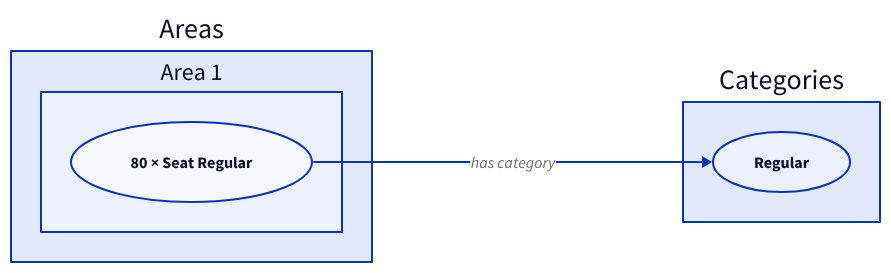
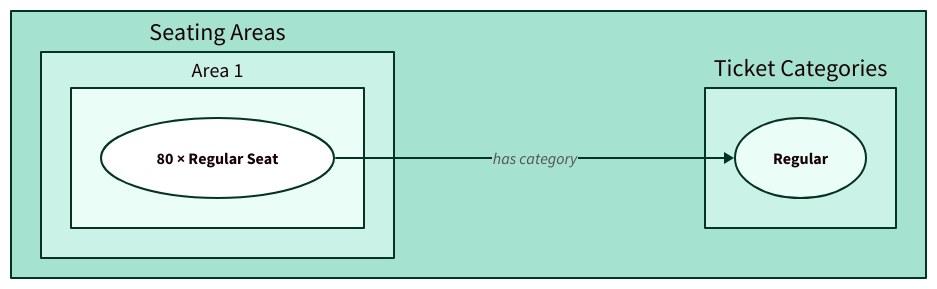
The diagram in docs/blueprints/seating/example_small.d2 (byceps/byceps), drawn with D2 before and after one commit. The commit also changed 12 other files, not shown here.

First line of the commit message:
Recreate diagram images in documentation

```diff
--- a/docs/blueprints/seating/example_small.d2
+++ b/docs/blueprints/seating/example_small.d2
@@ -1,15 +1,34 @@
-# layout: dagre
+vars: {
+  d2-config: {
+    layout-engine: dagre
+    theme-id: 104
+  }
+}
+
+classes: {
+  entity: {
+    shape: oval
+    height: 80
+  }
+}
 
 direction: right
 
-Categories: {
-  Regular: {shape: oval}
+container: "" {
+  Ticket Categories: {
+    Regular: {
+      class: entity
+    }
+  }
+
+  Seating Areas: {
+    Area 1: {
+      Regular Seat: {
+        class: entity
+        label: "80 × Regular Seat"
+      }
+    }
+  }
+
+  Seating Areas.Area 1.Regular Seat -> Ticket Categories.Regular: has category
 }
-
-Areas: {
-  Area 1: {
-    Seat Regular: {label: "80 × Seat Regular"; shape: oval}
-  }
-}
-
-Areas.Area 1.Seat Regular -> Categories.Regular: has category
```
